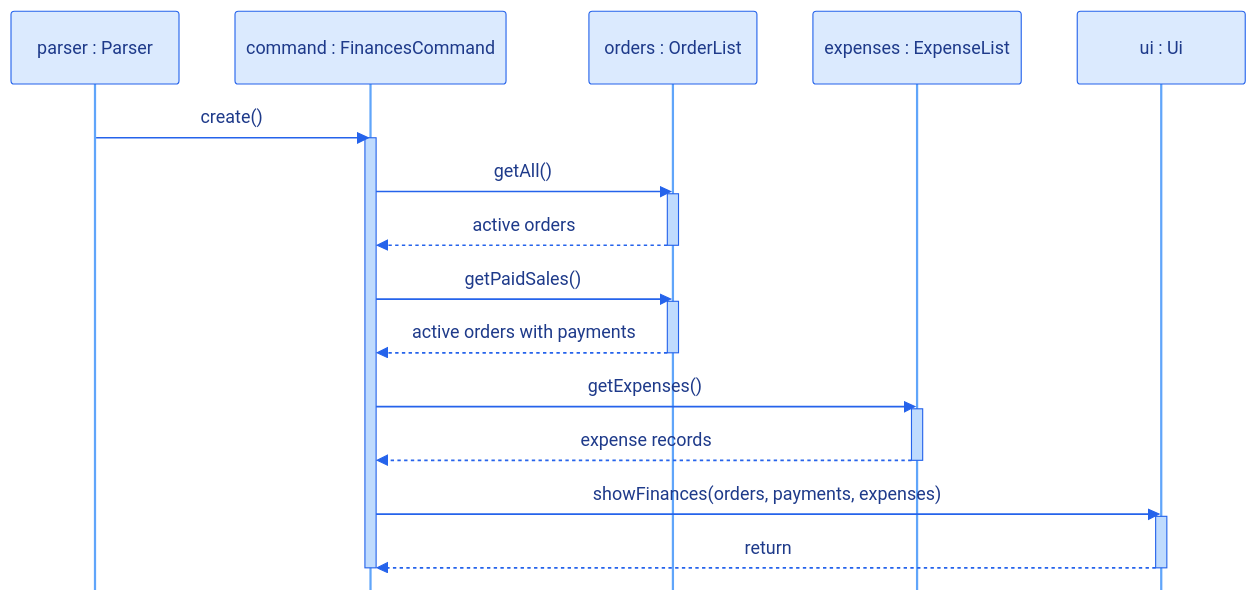
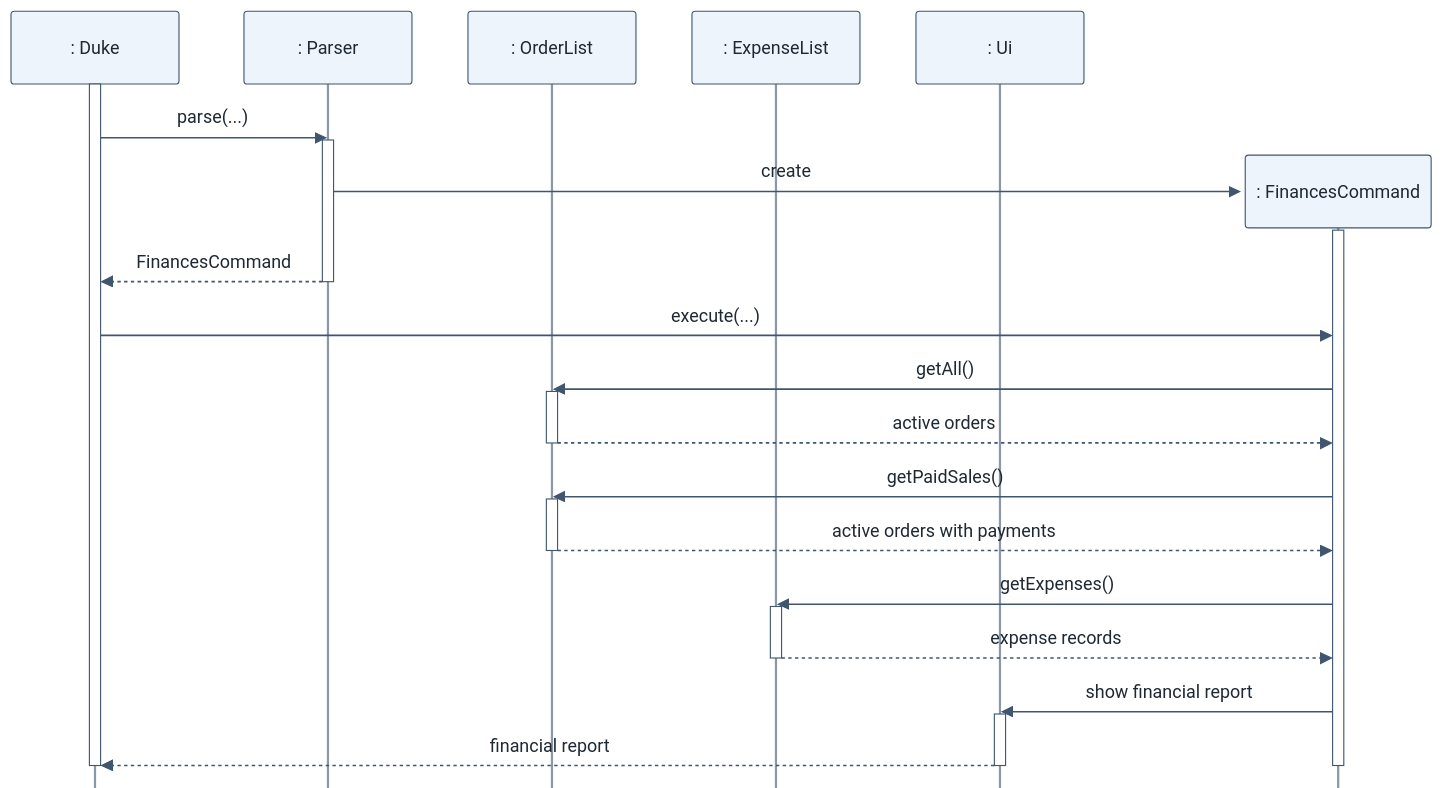
One commit to AY2627S1-CS2113-T11-1/tp changed the diagram in docs/diagrams/finances.mmd. Above: the diagram before and after it, drawn with Mermaid. The commit also changed 7 other files, not shown here.

First line of the commit message:
docs: align sequence diagram styling

```diff
--- a/docs/diagrams/finances.mmd
+++ b/docs/diagrams/finances.mmd
@@ -1,27 +1,35 @@
-%%{init: {"sequence": {"mirrorActors": false}, "themeCSS": ".actor-line { stroke-dasharray: 4 4; }", "themeVariables": {"fontSize": "20px", "actorBkg": "#dbeafe", "actorBorder": "#2563eb", "actorTextColor": "#1e3a8a", "actorLineColor": "#60a5fa", "signalColor": "#2563eb", "signalTextColor": "#1e3a8a", "activationBkgColor": "#bfdbfe", "activationBorderColor": "#2563eb"}}}%%
+%%{init: {"sequence": {"mirrorActors": false}, "themeCSS": ".actor-line { stroke-dasharray: 5 5; }", "themeVariables": {"fontSize": "20px", "actorBkg": "#eef4fb", "actorBorder": "#40566f", "actorTextColor": "#1f2933", "actorLineColor": "#8a98a8", "signalColor": "#40566f", "signalTextColor": "#1f2933", "activationBkgColor": "#ffffff", "activationBorderColor": "#40566f"}}}%%
 sequenceDiagram
-    participant P as parser : Parser
-    participant C as command : FinancesCommand
-    participant O as orders : OrderList
-    participant E as expenses : ExpenseList
-    participant U as ui : Ui
-
-    P->>C: create()
+    participant D as : Duke
+    participant P as : Parser
+    participant O as : OrderList
+    participant E as : ExpenseList
+    participant U as : Ui
+    activate D
+    D->>P: parse(...)
+    activate P
+    create participant C as : FinancesCommand
+    P->>C: create
     activate C
+    P-->>D: FinancesCommand
+    deactivate P
+    D->>C: execute(...)
     C->>O: getAll()
     activate O
     O-->>C: active orders
     deactivate O
     C->>O: getPaidSales()
     activate O
     O-->>C: active orders with payments
     deactivate O
     C->>E: getExpenses()
     activate E
     E-->>C: expense records
     deactivate E
-    C->>U: showFinances(orders, payments, expenses)
+    C->>U: show financial report
     activate U
-    U-->>C: return
+    U-->>D: financial report
     deactivate U
     deactivate C
+    destroy C
+    deactivate D
```
